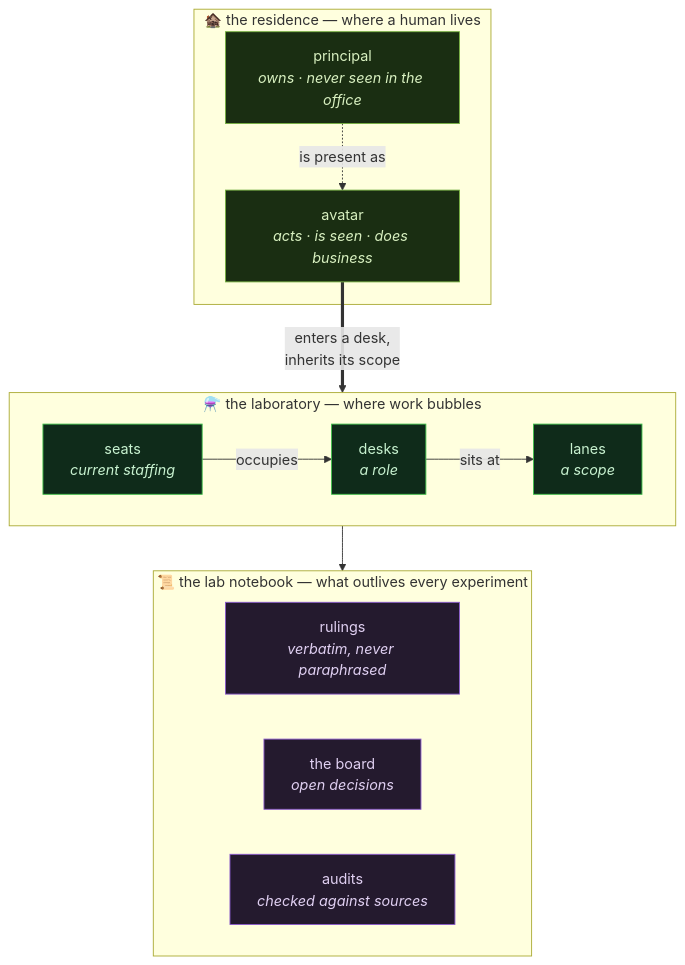
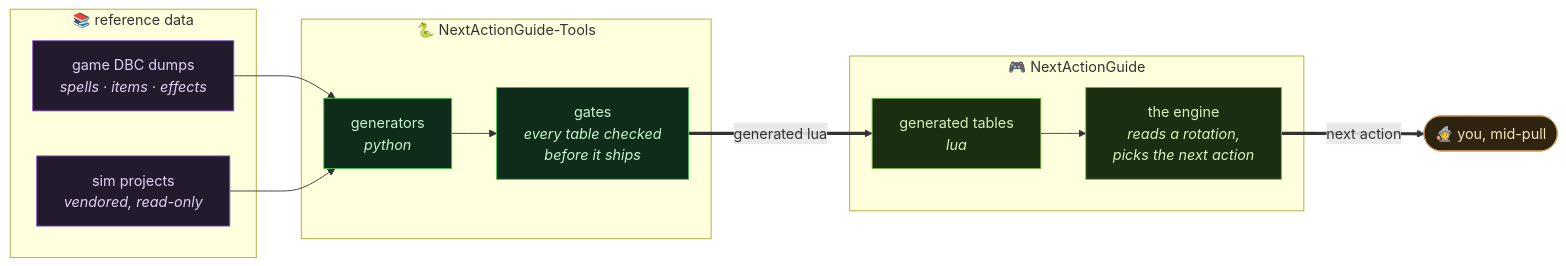
The diagram in profile/README.md (EbonHold-Labs/.github), drawn with Mermaid before and after one commit. The commit also changed other lines of this file, not shown here.

````diff
--- a/profile/README.md
+++ b/profile/README.md
@@ -43,33 +24,35 @@
 ```mermaid
-flowchart TB
-  subgraph HOUSE["🏚️ the residence — where a human lives"]
-    H["principal<br/><i>owns · never seen in the office</i>"]
-    AV["avatar<br/><i>acts · is seen · does business</i>"]
-    H -.is present as.-> AV
+flowchart LR
+  subgraph SRC["📚 reference data"]
+    DBC["game DBC dumps<br/><i>spells · items · effects</i>"]
+    SIM["sim projects<br/><i>vendored, read-only</i>"]
   end
 
-  subgraph OFFICE["⚗️ the laboratory — where work bubbles"]
-    direction LR
-    D["desks<br/><i>a role</i>"]
-    L["lanes<br/><i>a scope</i>"]
-    S["seats<br/><i>current staffing</i>"]
-    D -->|sits at| L
-    S -->|occupies| D
+  subgraph GEN["🐍 NextActionGuide-Tools"]
+    G["generators<br/><i>python</i>"]
+    V["gates<br/><i>every table checked<br/>before it ships</i>"]
+    G --> V
   end
 
-  subgraph RECORD["📜 the lab notebook — what outlives every experiment"]
-    R["rulings<br/><i>verbatim, never paraphrased</i>"]
-    B["the board<br/><i>open decisions</i>"]
-    A["audits<br/><i>checked against sources</i>"]
+  subgraph ADDON["🎮 NextActionGuide"]
+    T["generated tables<br/><i>lua</i>"]
+    E["the engine<br/><i>reads a rotation,<br/>picks the next action</i>"]
+    T --> E
   end
 
-  AV ==>|enters a desk,<br/>inherits its scope| D
-  OFFICE --> RECORD
+  P(["🧙 you, mid-pull"])
 
-  classDef house fill:#1a2e12,stroke:#76b041,color:#d8f0c0
-  classDef office fill:#0f2b1a,stroke:#3fbf4a,color:#c8f2d0
-  classDef rec fill:#241a2e,stroke:#8a5acd,color:#e0d0f2
-  class H,AV house
-  class D,L,S office
-  class R,B,A rec
+  DBC --> G
+  SIM --> G
+  V ==>|generated lua| T
+  E ==>|next action| P
+
+  classDef src fill:#241a2e,stroke:#8a5acd,color:#e0d0f2
+  classDef gen fill:#0f2b1a,stroke:#3fbf4a,color:#c8f2d0
+  classDef add fill:#1a2e12,stroke:#76b041,color:#d8f0c0
+  classDef ply fill:#2e2410,stroke:#cd9a5a,color:#f2e4c0
+  class DBC,SIM src
+  class G,V gen
+  class T,E add
+  class P ply
 ```
````
